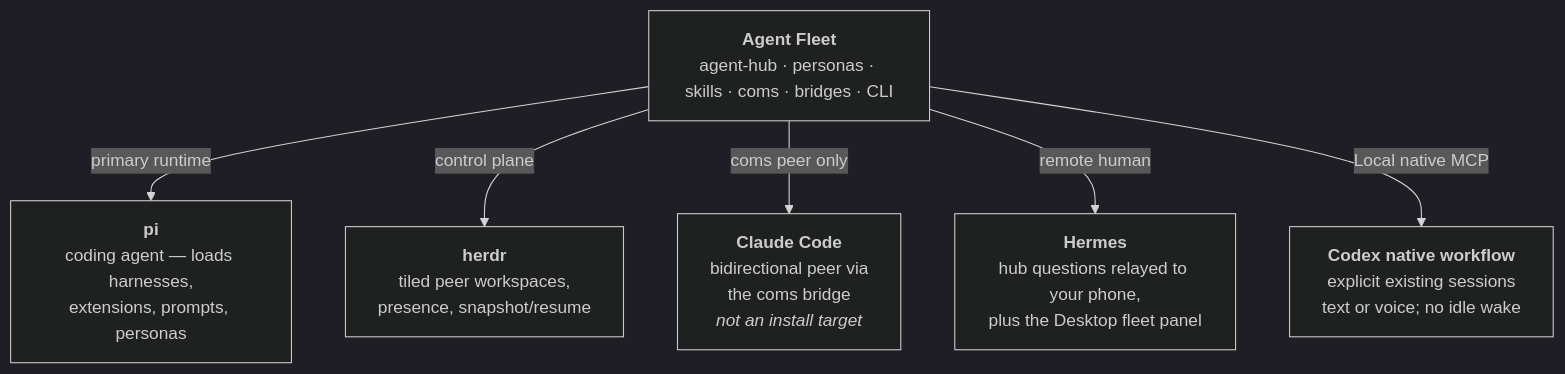
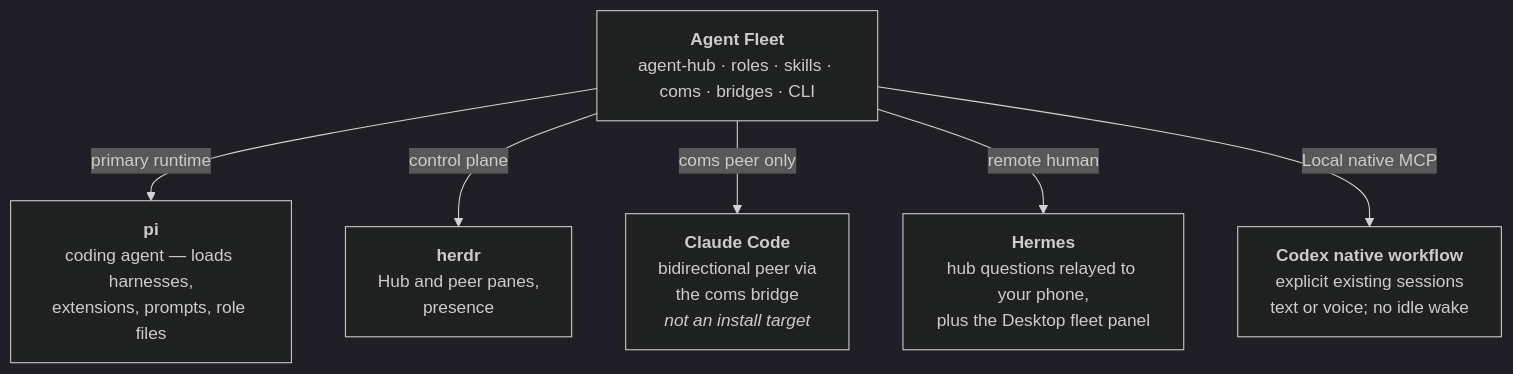
Before and after one commit to chankov/agent-fleet: the second of 2 diagrams in docs/ARCHITECTURE.md, drawn with Mermaid (dark theme). The commit also changed other lines of this file and 109 other files, not shown here.

First line of the commit message:
Ship three role definitions and describe roles and practices everywhere

````diff
--- a/docs/ARCHITECTURE.md
+++ b/docs/ARCHITECTURE.md
@@ -670,9 +672,9 @@
 ```mermaid
 flowchart TD
-    AF["<b>Agent Fleet</b><br/>agent-hub · personas · skills · coms · bridges · CLI"]
-    AF -->|primary runtime| PI["<b>pi</b><br/>coding agent — loads harnesses,<br/>extensions, prompts, personas"]
-    AF -->|control plane| HERDR["<b>herdr</b><br/>tiled peer workspaces,<br/>presence, snapshot/resume"]
+    AF["<b>Agent Fleet</b><br/>agent-hub · roles · skills · coms · bridges · CLI"]
+    AF -->|primary runtime| PI["<b>pi</b><br/>coding agent — loads harnesses,<br/>extensions, prompts, role files"]
+    AF -->|control plane| HERDR["<b>herdr</b><br/>Hub and peer panes,<br/>presence"]
     AF -->|coms peer only| CC["<b>Claude Code</b><br/>bidirectional peer via<br/>the coms bridge<br/><i>not an install target</i>"]
     AF -->|remote human| HERMES["<b>Hermes</b><br/>hub questions relayed to your phone,<br/>plus the Desktop fleet panel"]
     AF -->|Local native MCP| CODEX["<b>Codex native workflow</b><br/>explicit existing sessions<br/>text or voice; no idle wake"]
 ```
````
